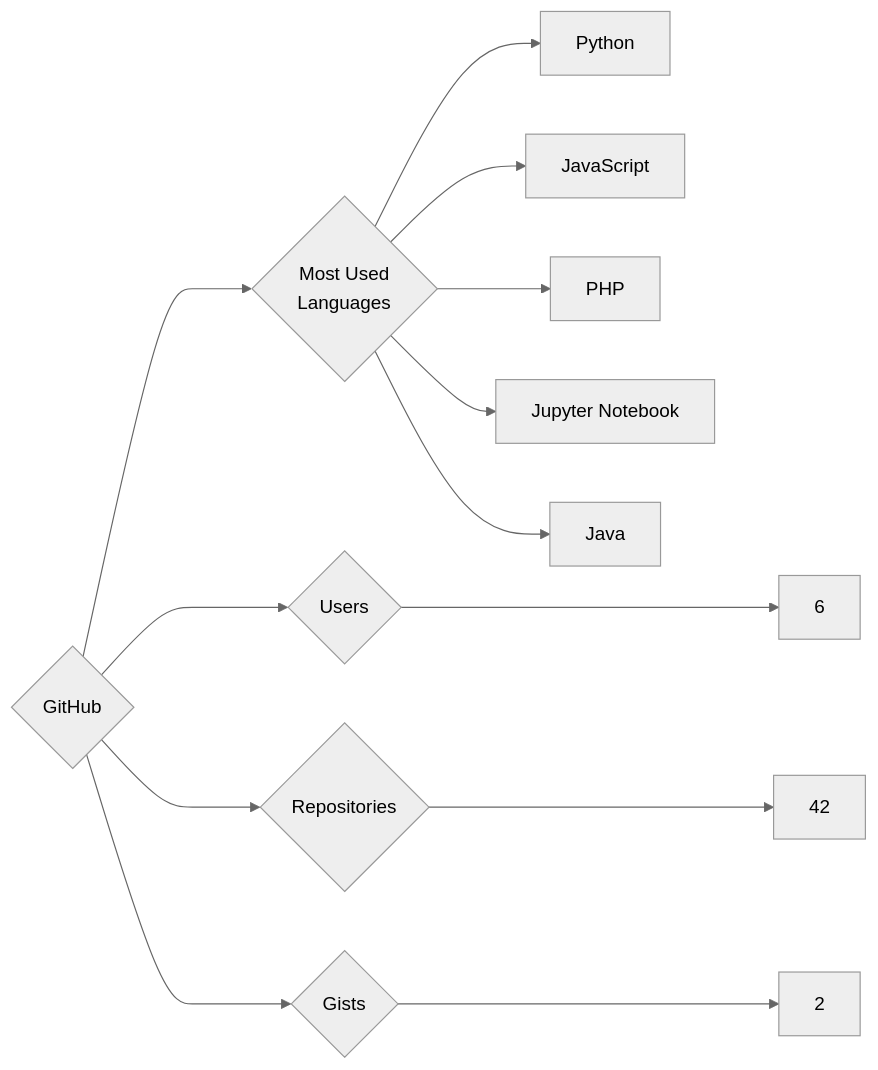
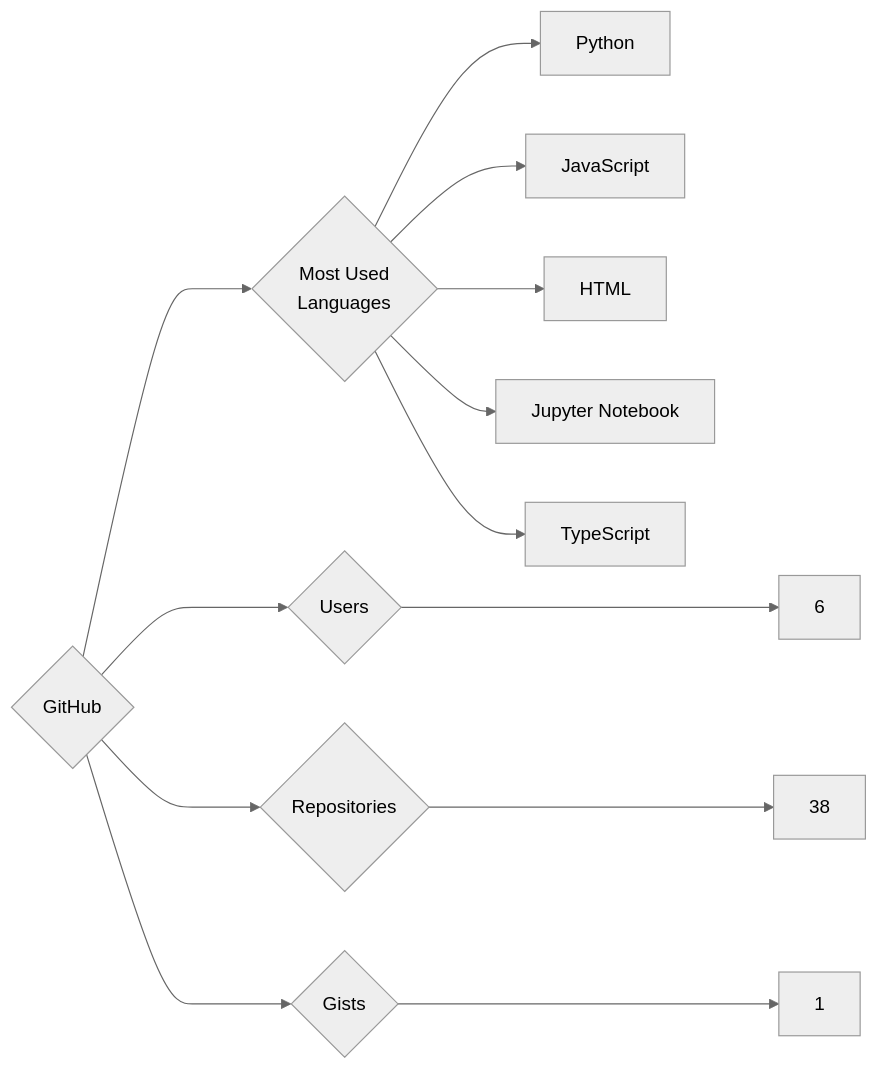
The diagram in targets/GitHub/README.md (trickest/insiders), drawn with Mermaid (neutral theme) before and after one commit. The commit also changed 1036 other files, not shown here.

````diff
--- a/targets/GitHub/README.md
+++ b/targets/GitHub/README.md
@@ -3,13 +3,13 @@
 ```mermaid
 graph LR
 COMPANY_NAME{GitHub}
 COMPANY_NAME ---> U{Users} ---> UN[6]
-COMPANY_NAME ---> R{Repositories} ---> RN[42]
-COMPANY_NAME ---> G{Gists} ---> GN[2]
+COMPANY_NAME ---> R{Repositories} ---> RN[38]
+COMPANY_NAME ---> G{Gists} ---> GN[1]
 COMPANY_NAME ---> ML{Most Used<br>Languages}
 ML --> Python[Python]
 ML --> JavaScript[JavaScript]
-ML --> PHP[PHP]
+ML --> HTML[HTML]
 ML --> Jupyter_Notebook[Jupyter Notebook]
-ML --> Java[Java]
+ML --> TypeScript[TypeScript]
 ```
````
